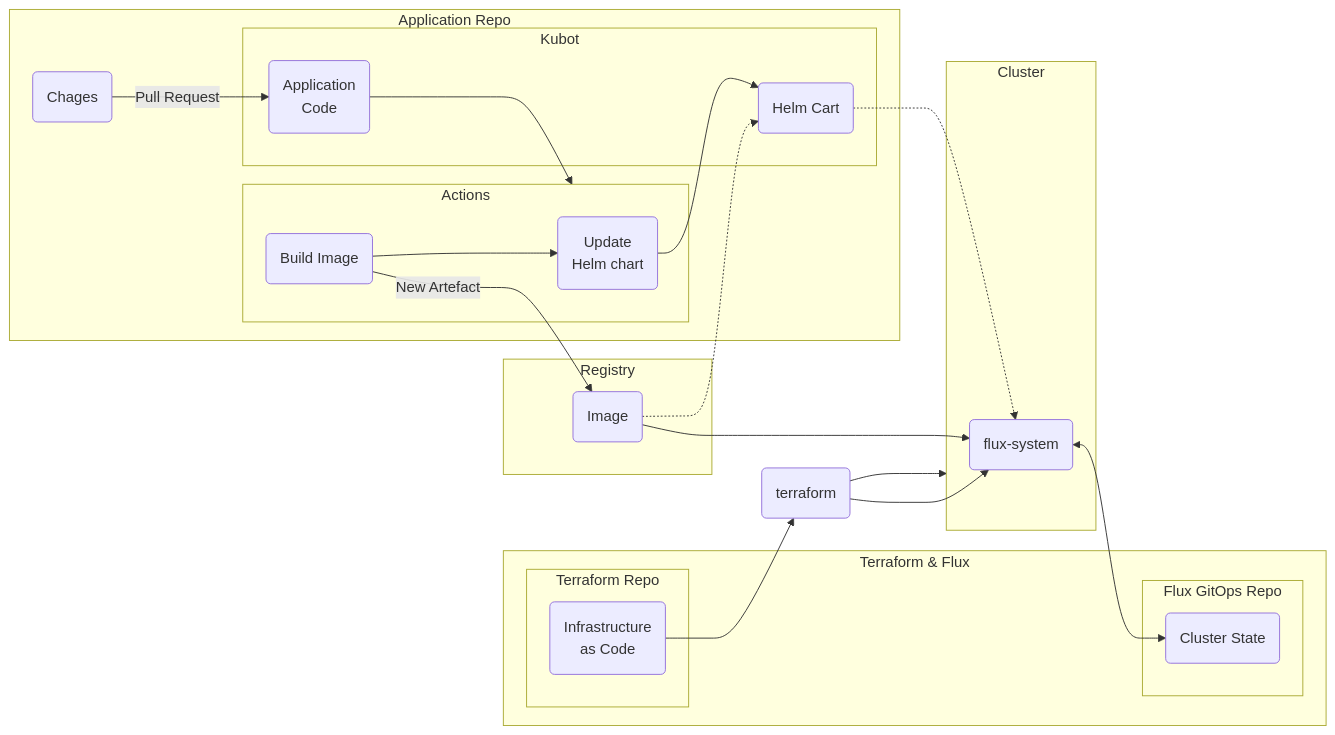
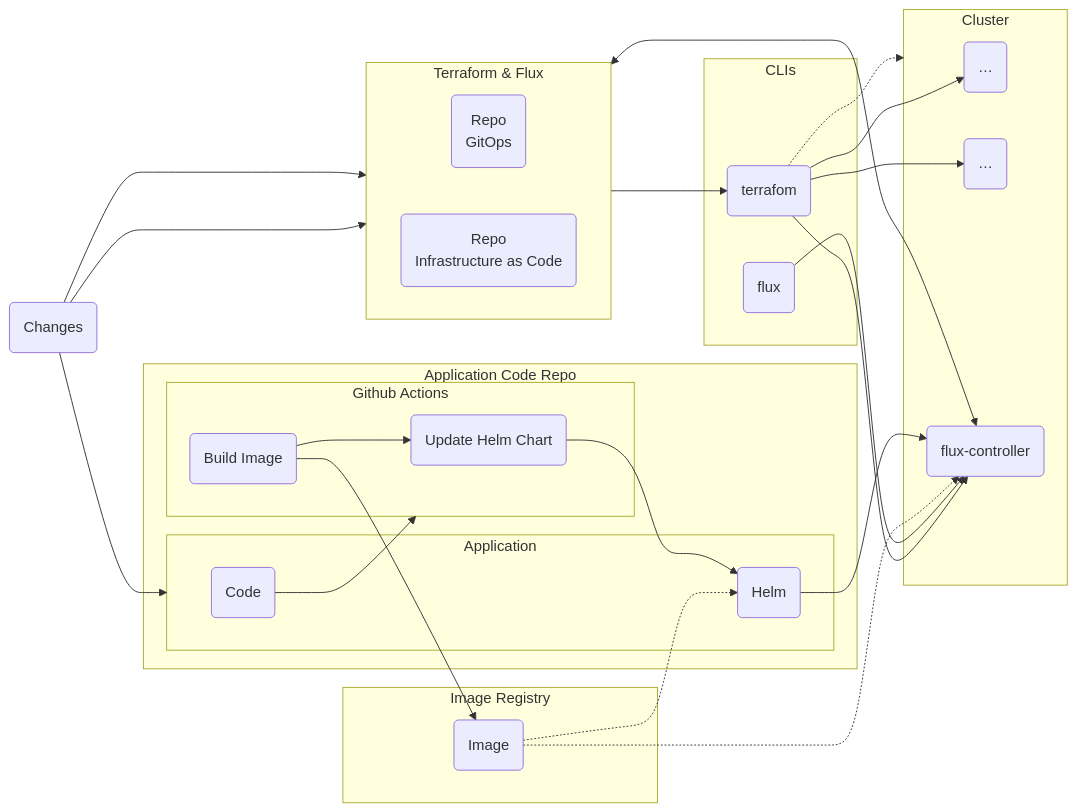
Before and after one commit to Andygol/tf-flux: the diagram in README.md, drawn with Mermaid.

````diff
--- a/README.md
+++ b/README.md
@@ -110,61 +110,54 @@
 ```mermaid
-graph LR
 
-subgraph Terraform & Flux
+flowchart LR
 
-  subgraph Flux GitOps Repo
-    cs(Cluster State)
-  end
-
-  subgraph Terraform Repo
-    tfc("Infrastructure 
-  as Code")
-  end
-
+subgraph ar["Application Code Repo"]
+    subgraph ga["Github Actions"]
+        update_helm("Update Helm Chart")
+        build_img("Build Image")
+    end
+    subgraph app["Application"]
+        code("Code")
+        hc("Helm")
+    end
 end
 
-subgraph Registry
-  artf(Image)
+subgraph reg["Image Registry"]
+    img("Image")
 end
 
-subgraph Application Repo
-  subgraph Kubot
-    code("Application 
-      Code")
-    helm(Helm Cart)
-  end
-
-  subgraph Actions
-    ht("Update 
-      Helm chart")
-    bi(Build Image)
-    bi-->|New Artefact|artf
-    bi-->ht
-  end
-
-  code-->Actions
- 
-  push(Chages)-->|Pull Request|code
-  ht-->helm
-
+subgraph CLIs
+    tf("terrafom") 
+    flux("flux")
+    %% gcloud("gcloud")
+    %% gsutils("gsutils")
 end
 
-subgraph Cluster
-  flux(flux-system)
-  artf-->flux
-  artf-.->helm
+subgraph tffx["Terraform & Flux"]
+    direction LR
+    go("Repo
+    GitOps")
+    iac("Repo
+    Infrastructure as Code")
 end
 
-tfc-->tfa(terraform)
-tfa-->Cluster
-tfa-->flux
-flux<-->cs
-helm-.->flux
-
-subgraph Kubot
-  helm(Helm Cart)
-  code("Application 
-    Code")
+subgraph cluster[Cluster]
+    other1("…")
+    other2("…")
+    fx("flux-controller")
 end
 
+
+pr("Changes") --> app & iac & go
+code --> ga
+iac --> tf --> fx & other1 & other2 
+flux --> fx
+img -.-> hc & fx 
+update_helm --> hc
+build_img --> update_helm 
+build_img --> img 
+hc -->fx 
+fx <--> go
+
+tf -.-> cluster
 ```
````
